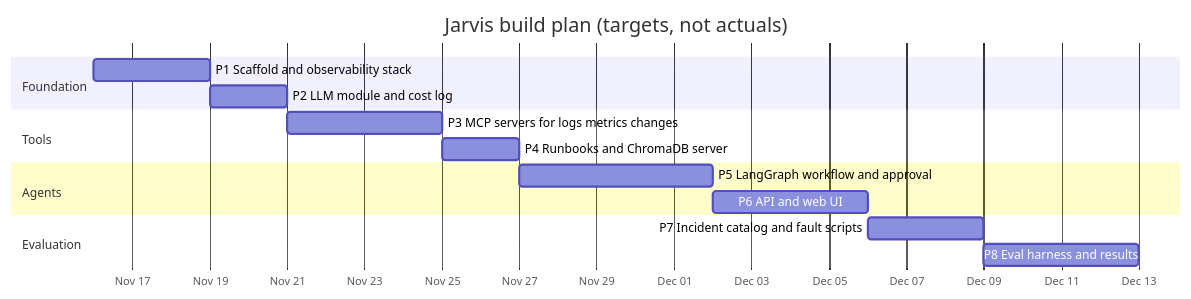
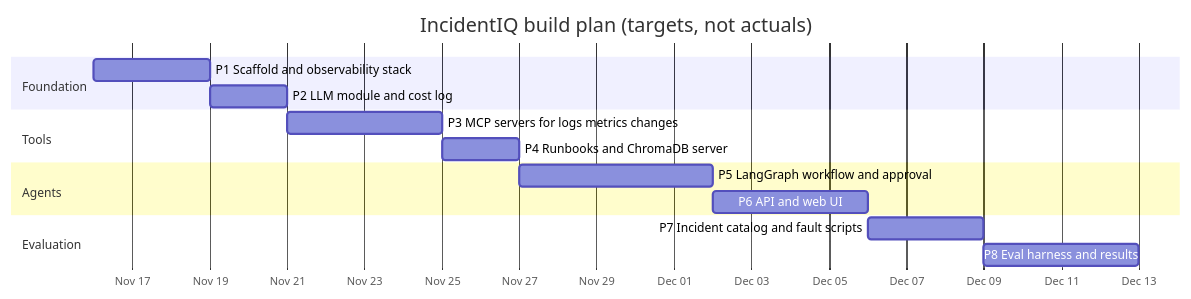
The seventh of 7 diagrams in INFO.md (striderzz/IncidentIQ-AgentOps), drawn with Mermaid before and after one commit. The commit also changed other lines of this file and 2 other files, not shown here.

````diff
--- a/INFO.md
+++ b/INFO.md
@@ -380,18 +380,18 @@
 ```mermaid
 gantt
-    title Jarvis build plan (targets, not actuals)
+    title IncidentIQ build plan (targets, not actuals)
     dateFormat YYYY-MM-DD
     axisFormat %b %d
     section Foundation
     P1 Scaffold and observability stack :p1, 2026-11-16, 3d
     P2 LLM module and cost log :p2, after p1, 2d
     section Tools
     P3 MCP servers for logs metrics changes :p3, after p2, 4d
     P4 Runbooks and ChromaDB server :p4, after p3, 2d
     section Agents
     P5 LangGraph workflow and approval :p5, after p4, 5d
     P6 API and web UI :p6, after p5, 4d
     section Evaluation
     P7 Incident catalog and fault scripts :p7, after p6, 3d
     P8 Eval harness and results :p8, after p7, 4d
 ```
````
